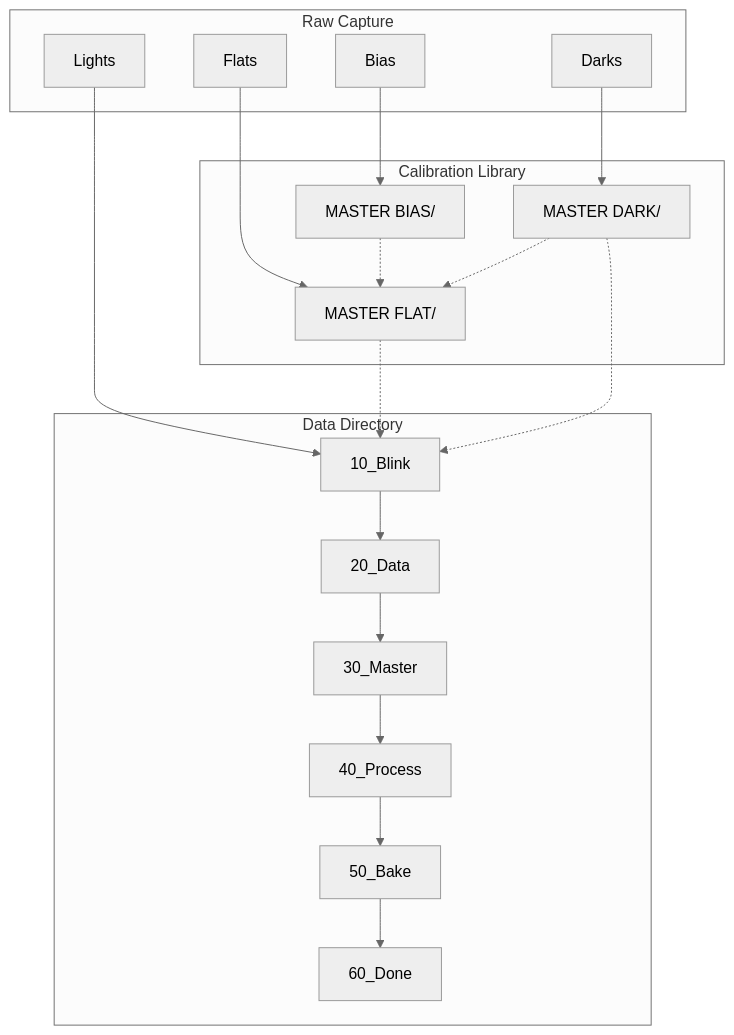
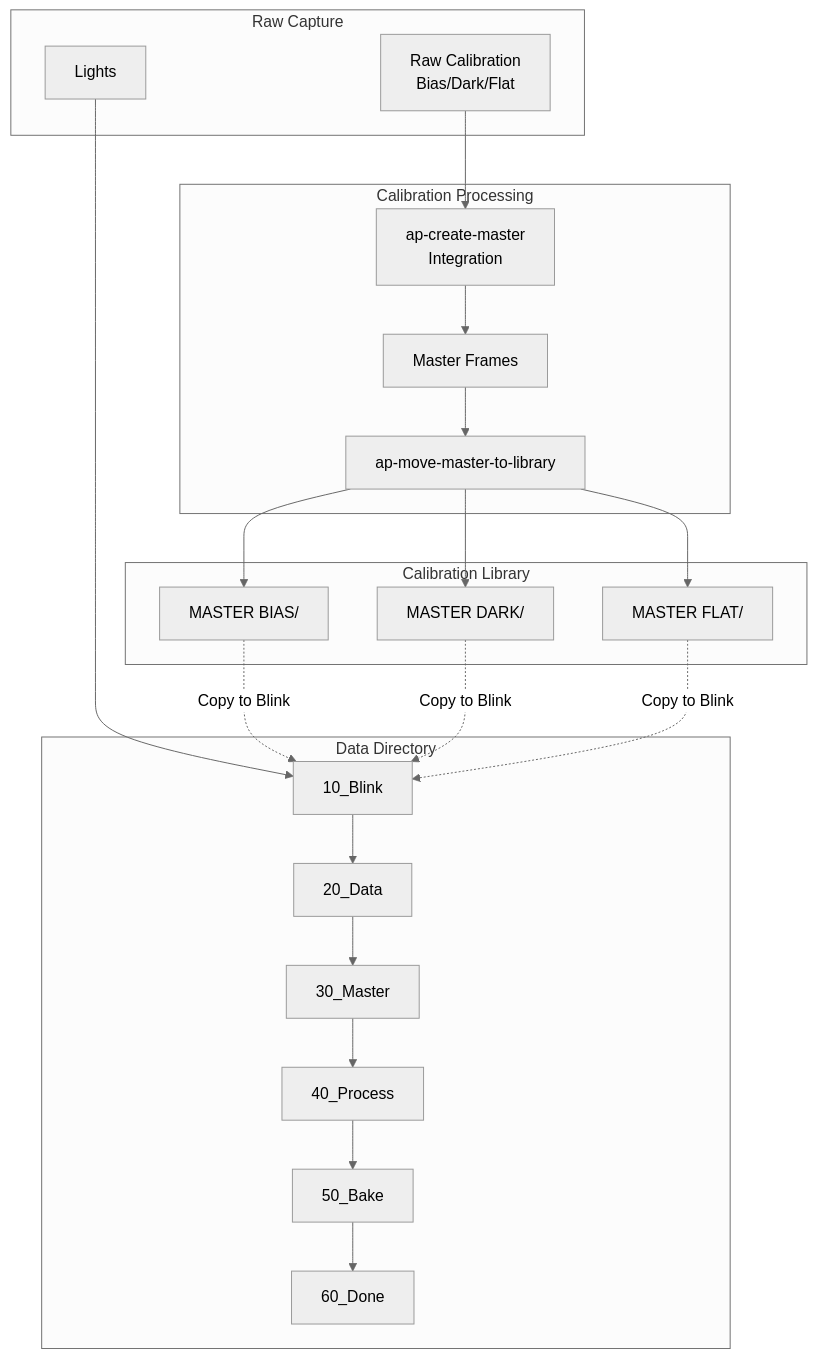
One commit to jewzaam/ap-base changed the first of 2 diagrams in docs/directory-structure.md. Above: the diagram before and after it, drawn with Mermaid (neutral theme). The commit also changed 9 other files, not shown here.

````diff
--- a/docs/directory-structure.md
+++ b/docs/directory-structure.md
@@ -7,36 +7,42 @@
 ```mermaid
 flowchart TB
     subgraph Raw["Raw Capture"]
         RAW_LIGHTS[Lights]
-        RAW_BIAS[Bias]
-        RAW_DARK[Darks]
-        RAW_FLAT[Flats]
+        RAW_CAL[Raw Calibration<br>Bias/Dark/Flat]
     end
 
     subgraph Data["Data Directory"]
         BLINK[10_Blink]
         DATA[20_Data]
         MASTER[30_Master]
         PROCESS[40_Process]
         BAKE[50_Bake]
         DONE[60_Done]
     end
 
-    subgraph Calibration["Calibration Library"]
+    subgraph Calibration["Calibration Processing"]
+        CREATE[ap-create-master<br>Integration]
+        MASTERS[Master Frames]
+        ORGANIZE[ap-move-master-to-library]
+    end
+
+    subgraph Library["Calibration Library"]
         BIAS_LIB[MASTER BIAS/]
         DARK_LIB[MASTER DARK/]
         FLAT_LIB[MASTER FLAT/]
     end
 
     RAW_LIGHTS --> BLINK
     BLINK --> DATA --> MASTER --> PROCESS --> BAKE --> DONE
 
-    RAW_BIAS --> BIAS_LIB
-    RAW_DARK --> DARK_LIB
-    RAW_FLAT --> FLAT_LIB
+    RAW_CAL --> CREATE
+    CREATE --> MASTERS
+    MASTERS --> ORGANIZE
+    ORGANIZE --> BIAS_LIB
+    ORGANIZE --> DARK_LIB
+    ORGANIZE --> FLAT_LIB
 
-    BIAS_LIB -.-> FLAT_LIB
-    DARK_LIB -.-> FLAT_LIB
-    FLAT_LIB -.-> BLINK
-    DARK_LIB -.-> BLINK
+    BIAS_LIB -.->|"Copy to Blink"| BLINK
+    DARK_LIB -.->|"Copy to Blink"| BLINK
+    FLAT_LIB -.->|"Copy to Blink"| BLINK
 ```
````
